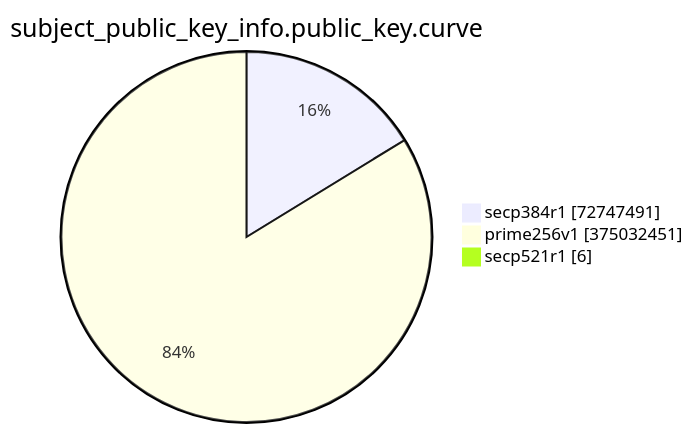
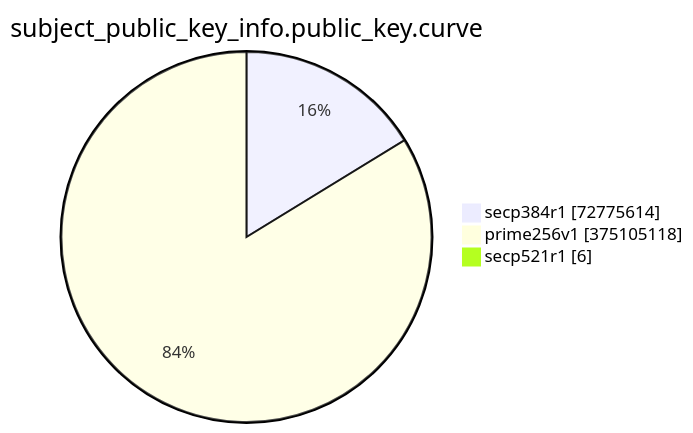
Before and after one commit to christiankrug/ctmonitor_visualization: the eighth of 15 diagrams in TOTAL/README.md, drawn with Mermaid. The commit also changed other lines of this file, not shown here.

````diff
--- a/TOTAL/README.md
+++ b/TOTAL/README.md
@@ -3094,7 +3094,7 @@
 ```mermaid
 pie showData
 title subject_public_key_info.public_key.curve
-"secp384r1" :72747491
-"prime256v1" :375032451
+"secp384r1" :72775614
+"prime256v1" :375105118
 "secp521r1" :6
 ```
````
